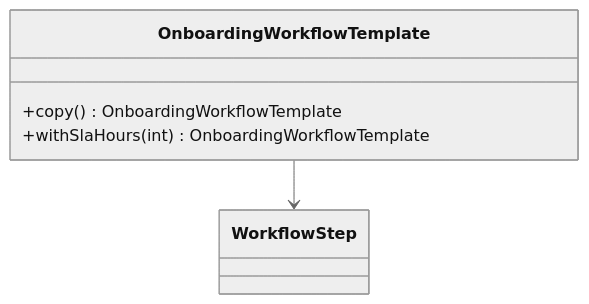
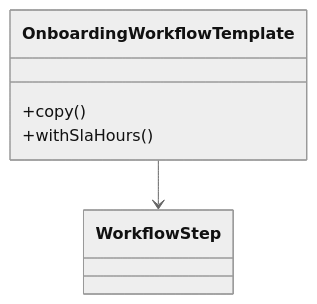
One commit to sandeepbhardwaj/sandeepbhardwaj.github.io changed the first of 2 diagrams in _posts/2025-12-07-prototype-pattern-java-workflow-templates.md. Above: the diagram before and after it, drawn with Mermaid (neutral theme). The commit also changed 85 other files, not shown here.

Commit message:
mermaid flow chart fixes

````diff
--- a/_posts/2025-12-07-prototype-pattern-java-workflow-templates.md
+++ b/_posts/2025-12-07-prototype-pattern-java-workflow-templates.md
@@ -55,9 +55,9 @@
 ```mermaid
 classDiagram
     class OnboardingWorkflowTemplate {
-      +copy() OnboardingWorkflowTemplate
-      +withSlaHours(int) OnboardingWorkflowTemplate
+      +copy()
+      +withSlaHours()
     }
     class WorkflowStep
     OnboardingWorkflowTemplate --> WorkflowStep
 ```
````
